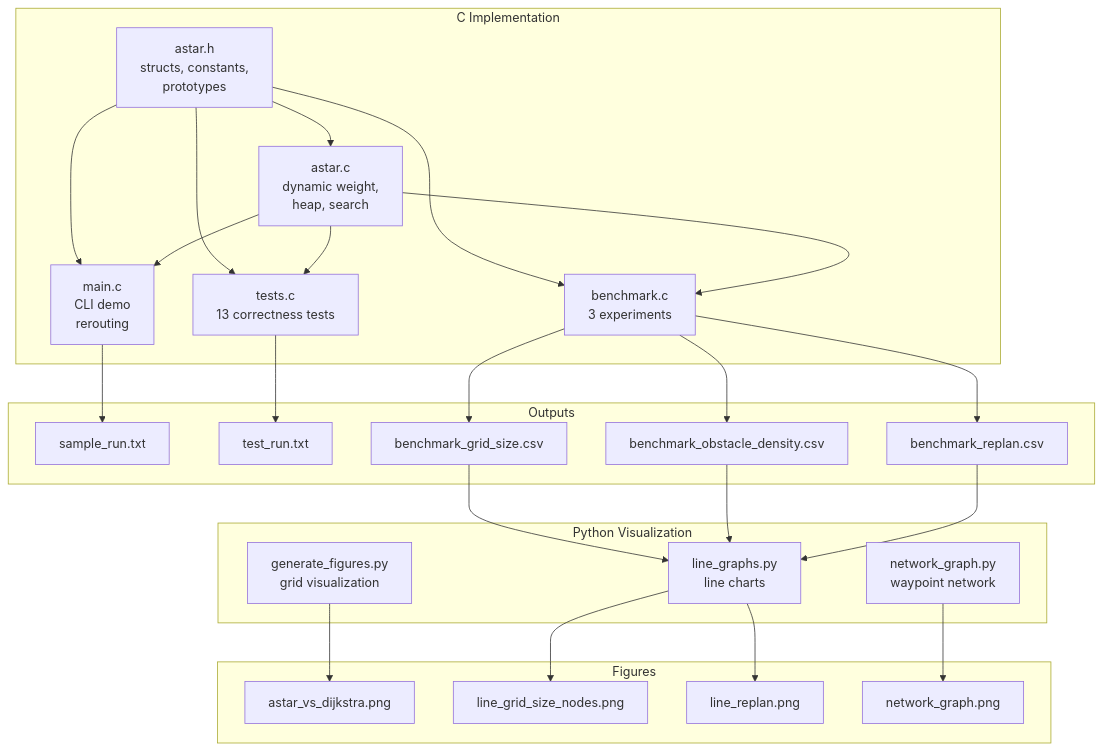
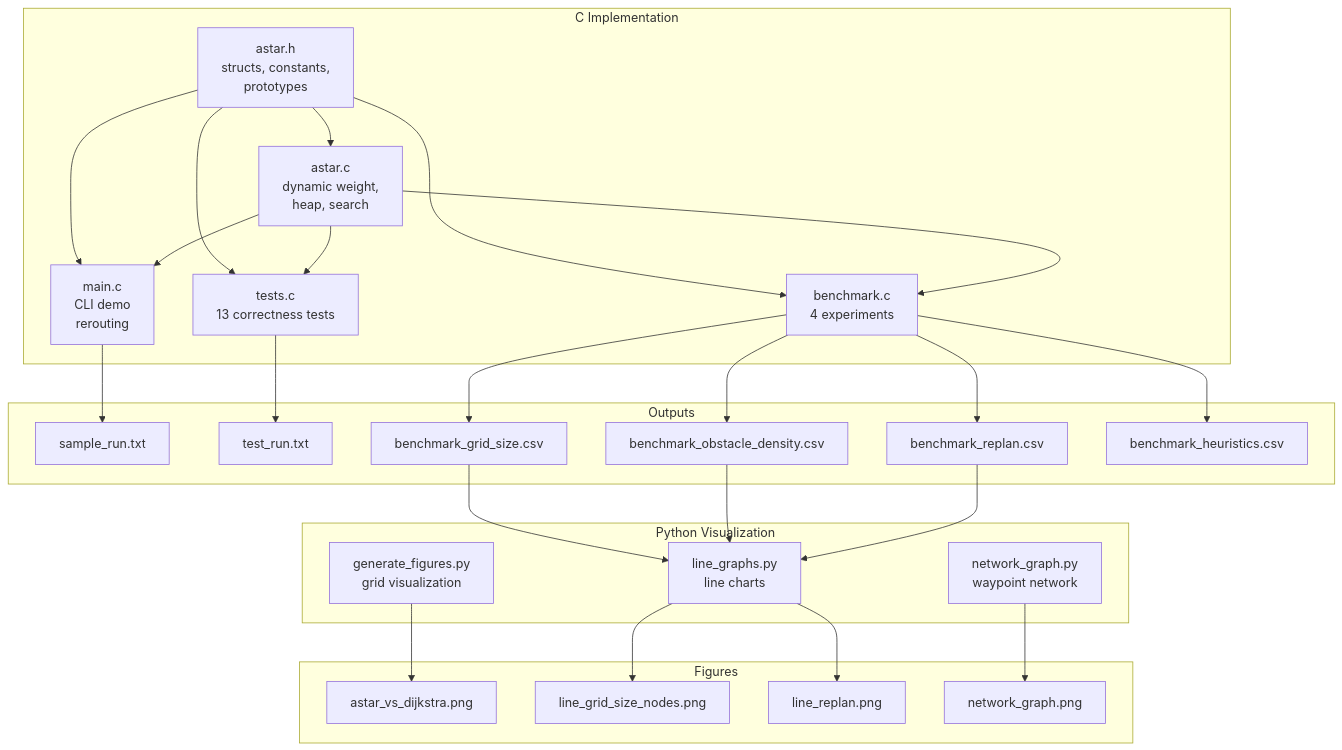
Before and after one commit to anamahmedshamsi12/astar-robot-path-navigation: the fourth of 4 diagrams in README.md, drawn with Mermaid. The commit also changed other lines of this file, not shown here.

````diff
--- a/README.md
+++ b/README.md
@@ -299,51 +333,53 @@
 ```mermaid
 flowchart TD
     subgraph C Implementation
         H[astar.h\nstructs, constants,\nprototypes]
         A[astar.c\ndynamic weight,\nheap, search]
         M[main.c\nCLI demo\nrerouting]
         T[tests.c\n13 correctness tests]
-        B[benchmark.c\n3 experiments]
+        B[benchmark.c\n4 experiments]
     end
 
     subgraph Python Visualization
         GF[generate_figures.py\ngrid visualization]
         NG[network_graph.py\nwaypoint network]
         LG[line_graphs.py\nline charts]
     end
 
     subgraph Outputs
         SR[sample_run.txt]
         TR[test_run.txt]
         CSV1[benchmark_grid_size.csv]
         CSV2[benchmark_obstacle_density.csv]
         CSV3[benchmark_replan.csv]
+        CSV4[benchmark_heuristics.csv]
     end
 
     subgraph Figures
         F1[astar_vs_dijkstra.png]
         F2[line_grid_size_nodes.png]
         F3[line_replan.png]
         F4[network_graph.png]
     end
 
     H --> A
     H --> M
     H --> T
     H --> B
     A --> M
     A --> T
     A --> B
     M --> SR
     T --> TR
     B --> CSV1
     B --> CSV2
     B --> CSV3
+    B --> CSV4
     CSV1 --> LG
     CSV2 --> LG
     CSV3 --> LG
     LG --> F2
     LG --> F3
     GF --> F1
     NG --> F4
 ```
````
